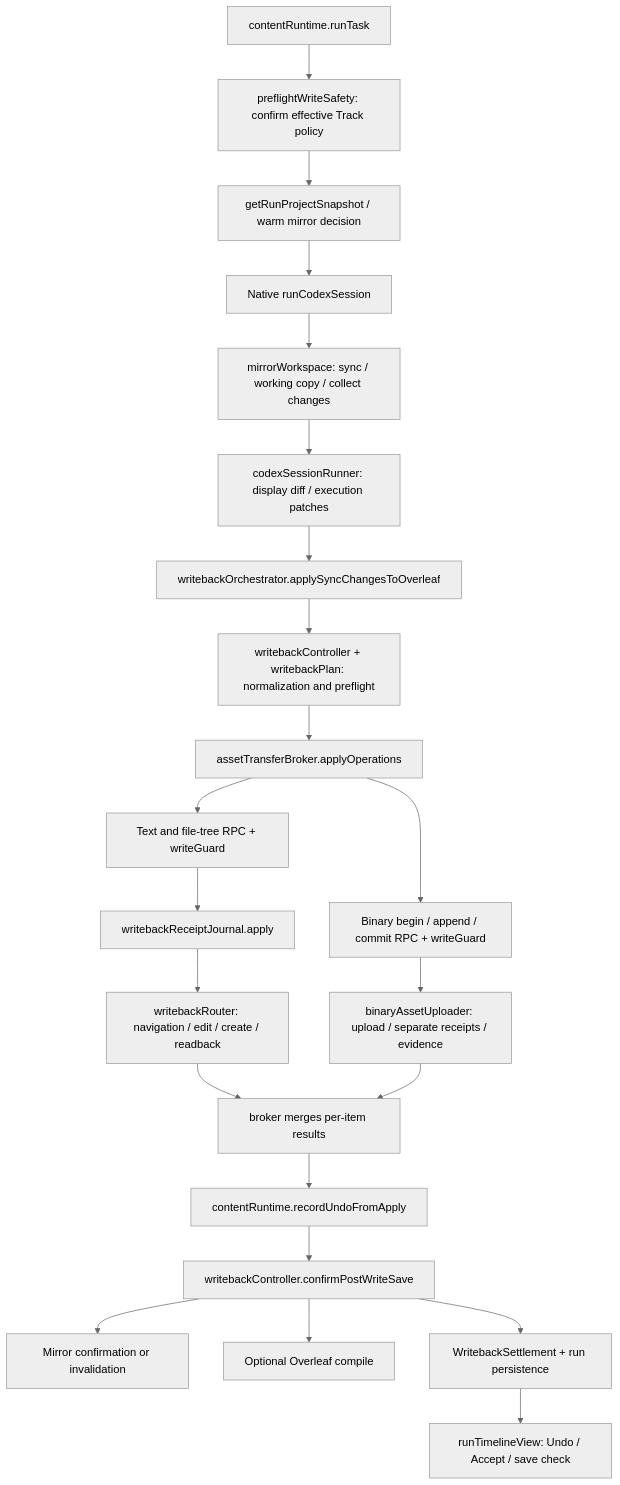
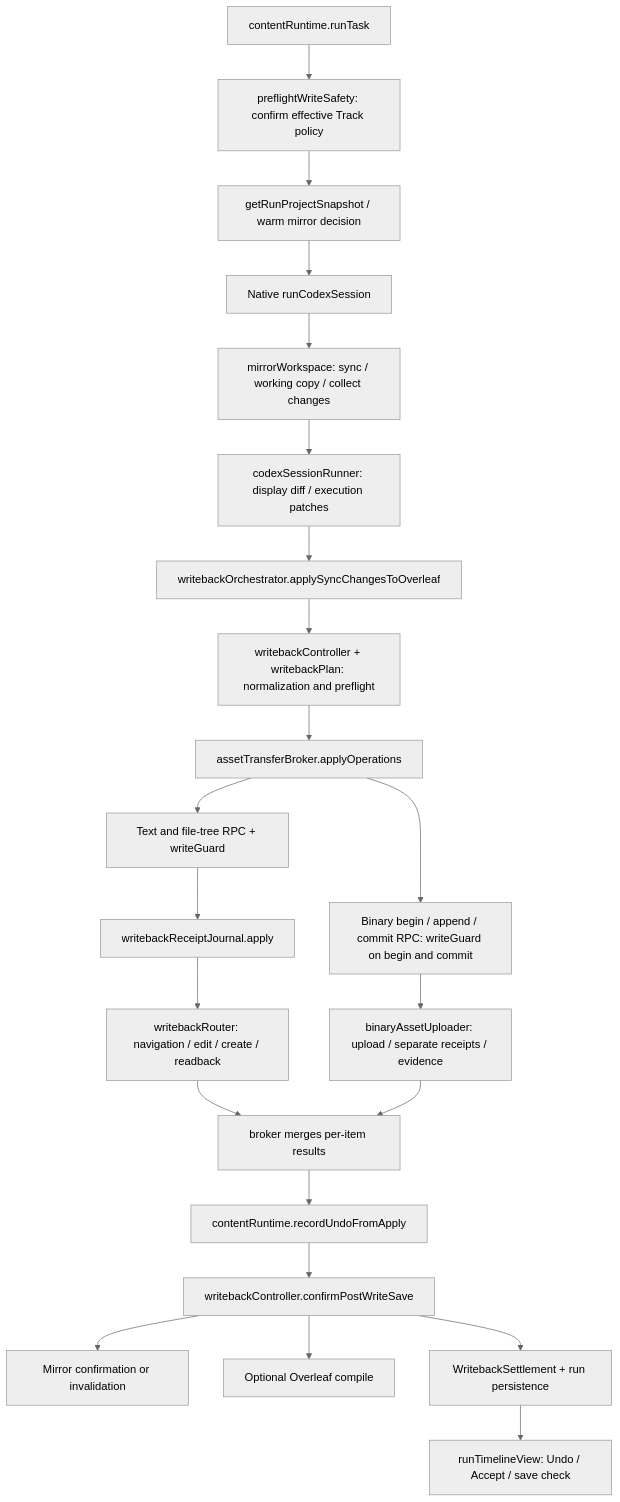
Before and after one commit to Ghqqqq/codex-overleaf-link: the diagram in docs/architecture/auto-edit-undo.md, drawn with Mermaid (neutral theme). The commit also changed other lines of this file and 12 other files, not shown here.

````diff
--- a/docs/architecture/auto-edit-undo.md
+++ b/docs/architecture/auto-edit-undo.md
@@ -41,24 +41,24 @@
 ```mermaid
 flowchart TD
     A[contentRuntime.runTask] --> W[preflightWriteSafety: confirm effective Track policy]
     W --> B[getRunProjectSnapshot / warm mirror decision]
     B --> C[Native runCodexSession]
     C --> D[mirrorWorkspace: sync / working copy / collect changes]
     D --> T[codexSessionRunner: display diff / execution patches]
     T --> E[writebackOrchestrator.applySyncChangesToOverleaf]
     E --> F[writebackController + writebackPlan: normalization and preflight]
     F --> G[assetTransferBroker.applyOperations]
     G --> H[Text and file-tree RPC + writeGuard]
     H --> I[writebackReceiptJournal.apply]
     I --> J[writebackRouter: navigation / edit / create / readback]
-    G --> Q[Binary begin / append / commit RPC + writeGuard]
+    G --> Q[Binary begin / append / commit RPC: writeGuard on begin and commit]
     Q --> R[binaryAssetUploader: upload / separate receipts / evidence]
     J --> S[broker merges per-item results]
     R --> S
     S --> K[contentRuntime.recordUndoFromApply]
     K --> L[writebackController.confirmPostWriteSave]
     L --> M[Mirror confirmation or invalidation]
     L --> N[Optional Overleaf compile]
     L --> O[WritebackSettlement + run persistence]
     O --> P[runTimelineView: Undo / Accept / save check]
 ```
````
